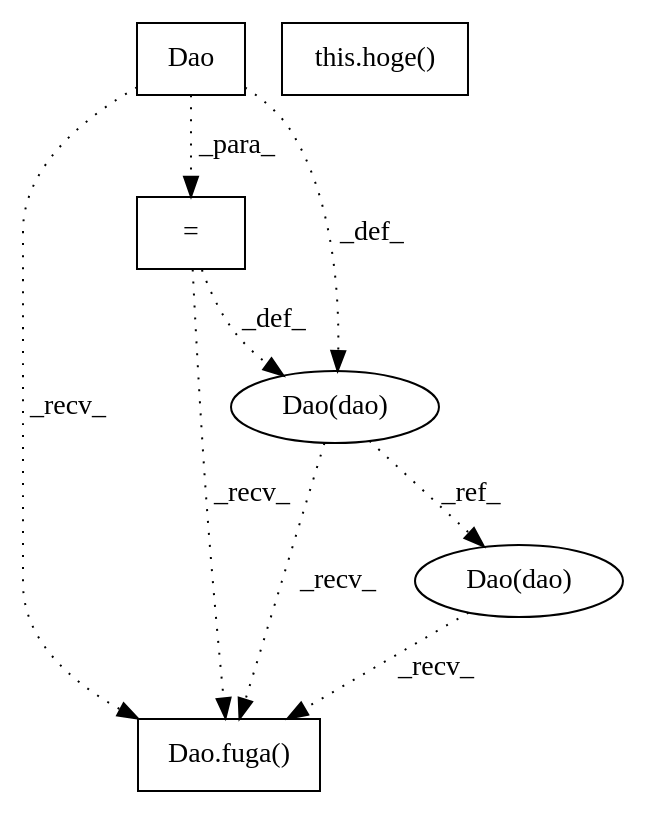
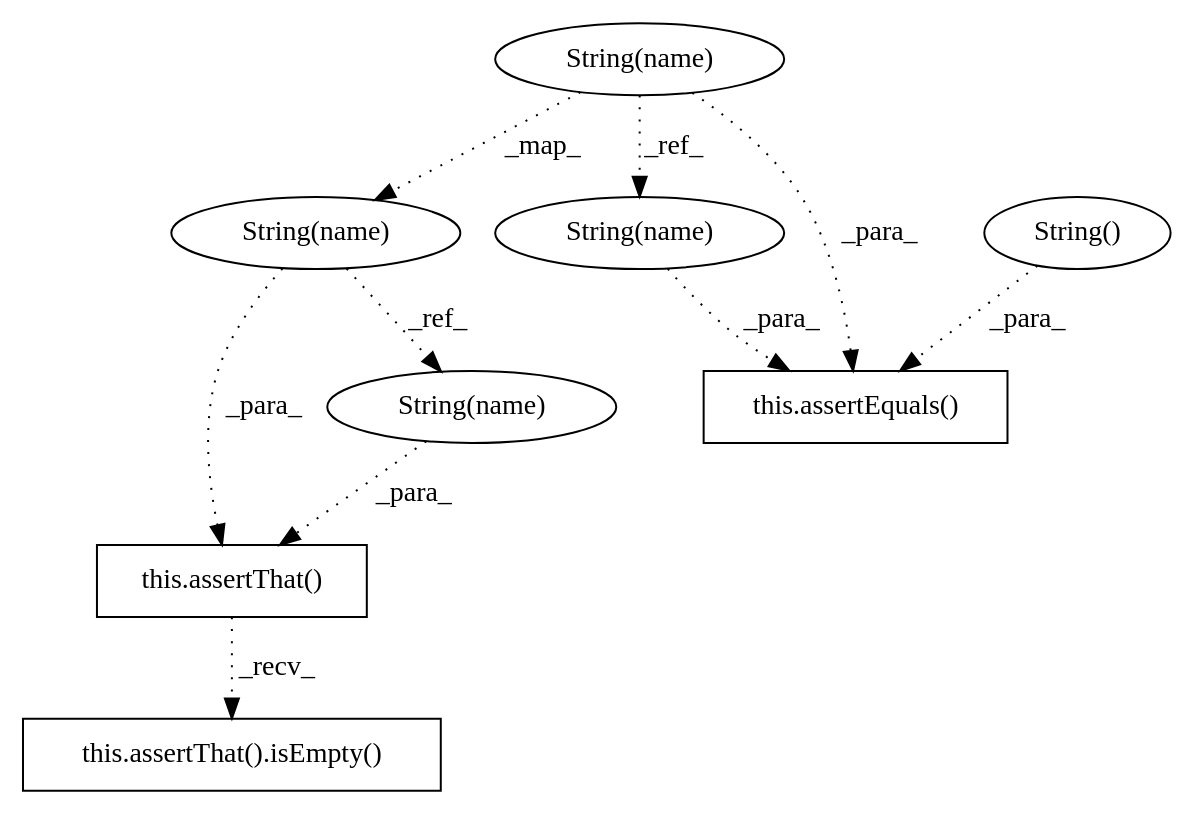
One commit to sabanishi/CPatMiner changed the diagram in Sandbox/sandbox_0.dot. Above: the diagram before and after it, drawn with Graphviz. The commit also changed 25 other files, not shown here.

```diff
--- a/Sandbox/sandbox_0.dot
+++ b/Sandbox/sandbox_0.dot
@@ -1,16 +1,19 @@
 digraph G {
-1 [label="Dao.fuga()" shape=box]
-2 [label="this.hoge()" shape=box]
-3 [label="Dao" shape=box]
-4 [label="=" shape=box]
-5 [label="Dao(dao)" shape=ellipse]
-6 [label="Dao(dao)" shape=ellipse]
-6 -> 1 [label="_recv_" style=dotted];
-5 -> 1 [label="_recv_" style=dotted];
-4 -> 1 [label="_recv_" style=dotted];
-3 -> 1 [label="_recv_" style=dotted];
-3 -> 4 [label="_para_" style=dotted];
-4 -> 5 [label="_def_" style=dotted];
-3 -> 5 [label="_def_" style=dotted];
-5 -> 6 [label="_ref_" style=dotted];
+1 [label="String(name)" shape=ellipse]
+2 [label="String(name)" shape=ellipse]
+3 [label="String()" shape=ellipse]
+4 [label="String(name)" shape=ellipse]
+5 [label="this.assertEquals()" shape=box]
+6 [label="this.assertThat()" shape=box]
+7 [label="String(name)" shape=ellipse]
+8 [label="this.assertThat().isEmpty()" shape=box]
+2 -> 1 [label="_map_" style=dotted];
+2 -> 4 [label="_ref_" style=dotted];
+4 -> 5 [label="_para_" style=dotted];
+3 -> 5 [label="_para_" style=dotted];
+2 -> 5 [label="_para_" style=dotted];
+7 -> 6 [label="_para_" style=dotted];
+1 -> 6 [label="_para_" style=dotted];
+1 -> 7 [label="_ref_" style=dotted];
+6 -> 8 [label="_recv_" style=dotted];
 }
```
